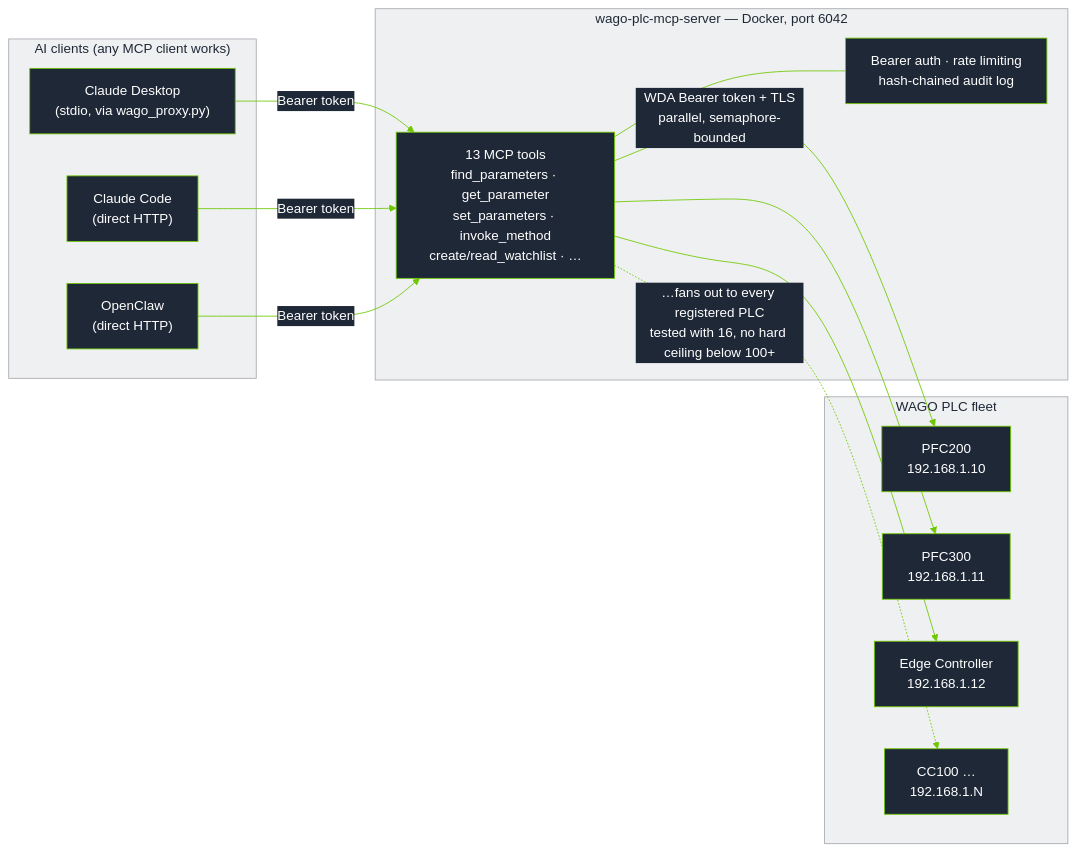
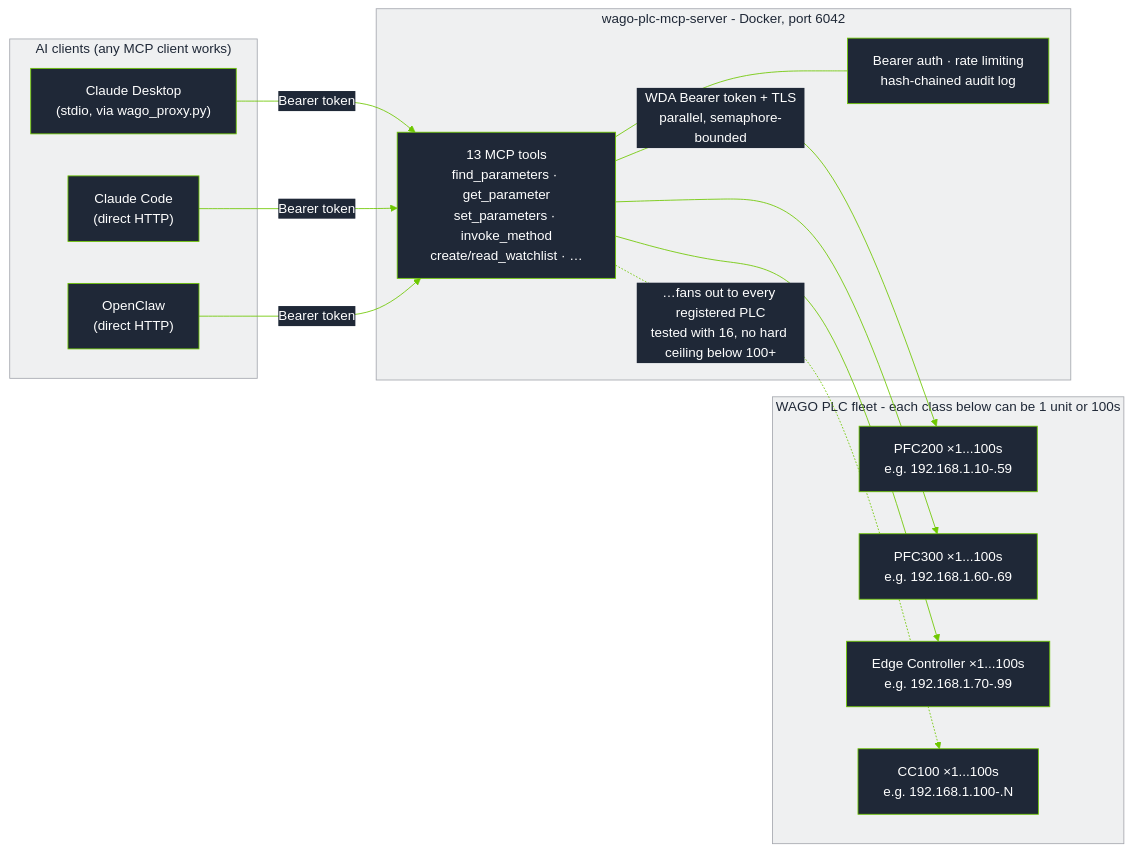
Before and after one commit to WagoAlex/wago-plc-mcp-server: the diagram in README.md, drawn with Mermaid. The commit also changed other lines of this file, not shown here.

First line of the commit message:
docs: use hyphens instead of em-dashes; emphasize fleet scale in architecture diagram

````diff
--- a/README.md
+++ b/README.md
@@ -84,46 +84,46 @@
 ```mermaid
 %%{init: {'theme':'base', 'themeVariables': {
   'primaryColor':'#1F2837',
   'primaryTextColor':'#ffffff',
   'primaryBorderColor':'#6EC800',
   'lineColor':'#6EC800',
   'secondaryColor':'#EFF0F1',
   'secondaryTextColor':'#1F2837',
   'secondaryBorderColor':'#A5A8AF',
   'tertiaryColor':'#FFFFFF',
   'tertiaryTextColor':'#1F2837',
   'tertiaryBorderColor':'#DEDFE1',
   'fontFamily':'Segoe UI, Helvetica, Arial, sans-serif',
   'clusterBkg':'#EFF0F1',
   'clusterBorder':'#A5A8AF',
   'edgeLabelBackground':'#1F2837'
 }}}%%
 flowchart LR
     subgraph Clients["AI clients (any MCP client works)"]
         CD["Claude Desktop<br/>(stdio, via wago_proxy.py)"]
         CC["Claude Code<br/>(direct HTTP)"]
         OC["OpenClaw<br/>(direct HTTP)"]
     end
 
     CD -- "Bearer token" --> MCP
     CC -- "Bearer token" --> MCP
     OC -- "Bearer token" --> MCP
 
-    subgraph Server["wago-plc-mcp-server — Docker, port 6042"]
+    subgraph Server["wago-plc-mcp-server - Docker, port 6042"]
         MCP["13 MCP tools<br/>find_parameters · get_parameter<br/>set_parameters · invoke_method<br/>create/read_watchlist · …"]
         Guard["Bearer auth · rate limiting<br/>hash-chained audit log"]
         MCP --- Guard
     end
 
     MCP -- "WDA Bearer token + TLS<br/>parallel, semaphore-bounded" --> P1
     MCP --> P2
     MCP --> P3
     MCP -. "…fans out to every registered PLC<br/>tested with 16, no hard ceiling below 100+" .-> Pn
 
-    subgraph Fleet["WAGO PLC fleet"]
-        P1["PFC200<br/>192.168.1.10"]
-        P2["PFC300<br/>192.168.1.11"]
-        P3["Edge Controller<br/>192.168.1.12"]
-        Pn["CC100 …<br/>192.168.1.N"]
+    subgraph Fleet["WAGO PLC fleet - each class below can be 1 unit or 100s"]
+        P1["PFC200 ×1...100s<br/>e.g. 192.168.1.10-.59"]
+        P2["PFC300 ×1...100s<br/>e.g. 192.168.1.60-.69"]
+        P3["Edge Controller ×1...100s<br/>e.g. 192.168.1.70-.99"]
+        Pn["CC100 ×1...100s<br/>e.g. 192.168.1.100-.N"]
     end
 ```
````
